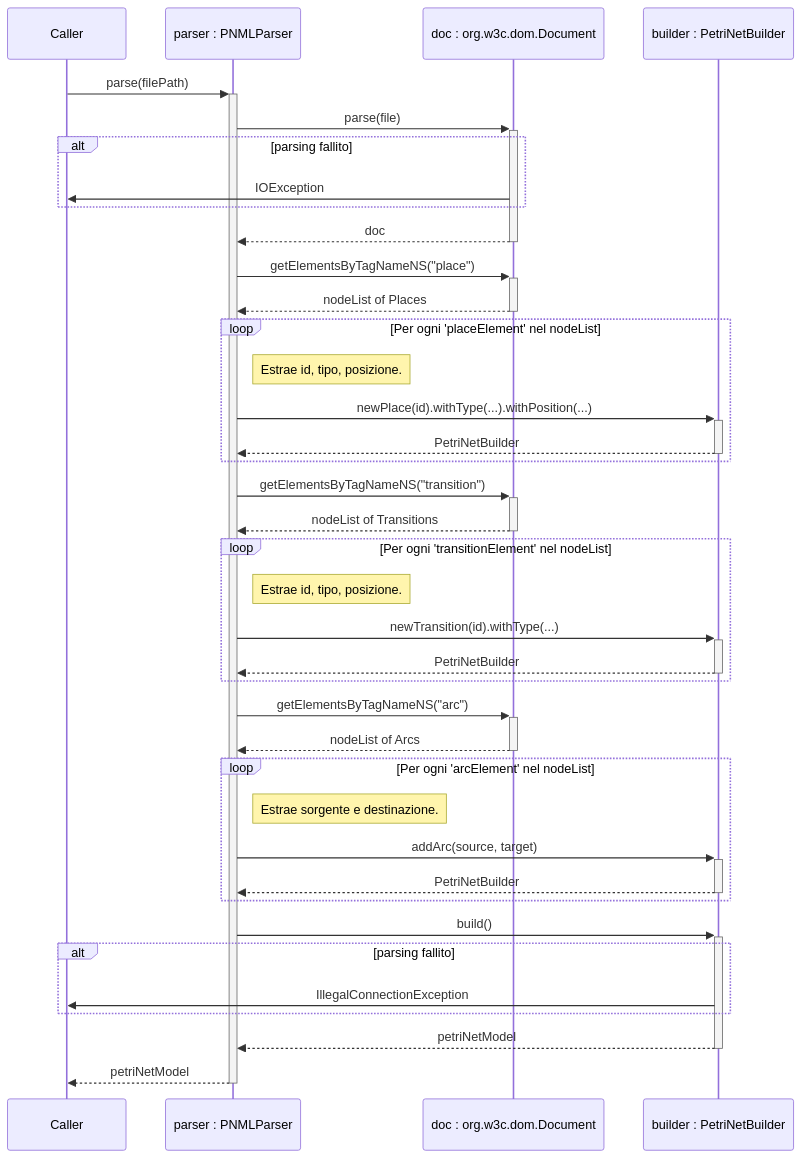
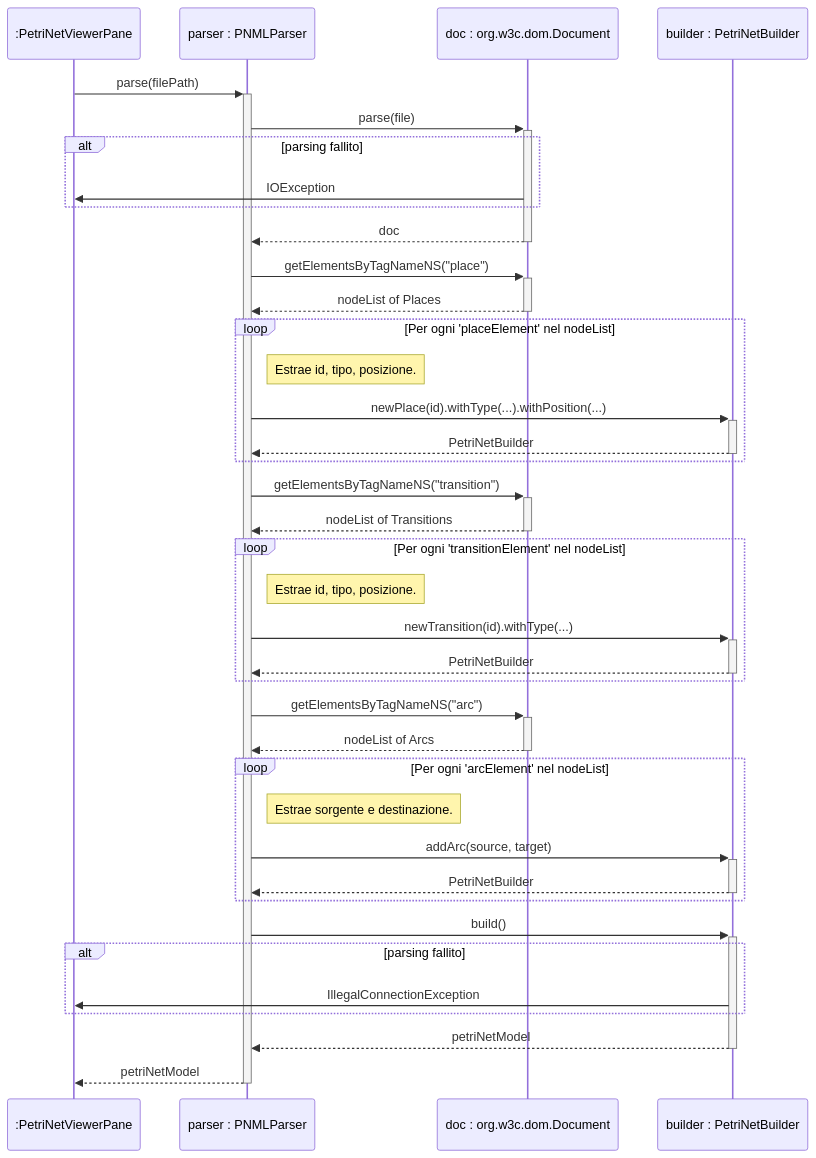
The diagram in docs/petri-net/sequence diagram/PNMLParser.mmd (alessio-vivaldelli/PetriHub), drawn with Mermaid before and after one commit. The commit also changed 9 other files, not shown here.

```diff
--- a/docs/petri-net/sequence diagram/PNMLParser.mmd
+++ b/docs/petri-net/sequence diagram/PNMLParser.mmd
@@ -1,42 +1,42 @@
 sequenceDiagram
-    participant Caller
+    participant Caller as :PetriNetViewerPane
     participant Parser as parser : PNMLParser
     participant Document as doc : org.w3c.dom.Document
     participant Builder as builder : PetriNetBuilder
     Caller ->>+ Parser: parse(filePath)
     Parser ->>+ Document: parse(file)
     alt parsing fallito
         Document ->> Caller: IOException
     end
     Document -->>- Parser: doc
     Parser ->>+ Document: getElementsByTagNameNS("place")
     Document -->>- Parser: nodeList of Places
 
     loop Per ogni 'placeElement' nel nodeList
         Note right of Parser: Estrae id, tipo, posizione.
         Parser ->>+ Builder: newPlace(id).withType(...).withPosition(...)
         Builder -->>- Parser: PetriNetBuilder
     end
 
     Parser ->>+ Document: getElementsByTagNameNS("transition")
     Document -->>- Parser: nodeList of Transitions
     loop Per ogni 'transitionElement' nel nodeList
         Note right of Parser: Estrae id, tipo, posizione.
         Parser ->>+ Builder: newTransition(id).withType(...)
         Builder -->>- Parser: PetriNetBuilder
     end
 
     Parser ->>+ Document: getElementsByTagNameNS("arc")
     Document -->>- Parser: nodeList of Arcs
     loop Per ogni 'arcElement' nel nodeList
         Note right of Parser: Estrae sorgente e destinazione.
         Parser ->>+ Builder: addArc(source, target)
         Builder -->>- Parser: PetriNetBuilder
     end
 
     Parser ->>+ Builder: build()
     alt parsing fallito
         Builder ->> Caller: IllegalConnectionException
     end
     Builder -->>- Parser: petriNetModel
     Parser -->>- Caller: petriNetModel
```
